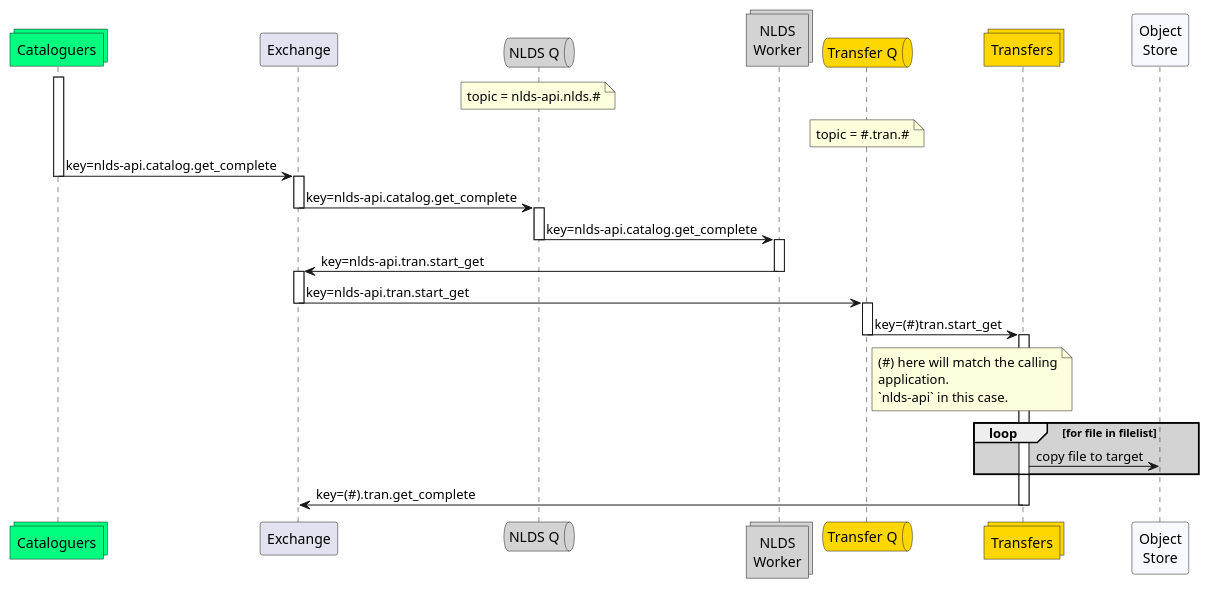
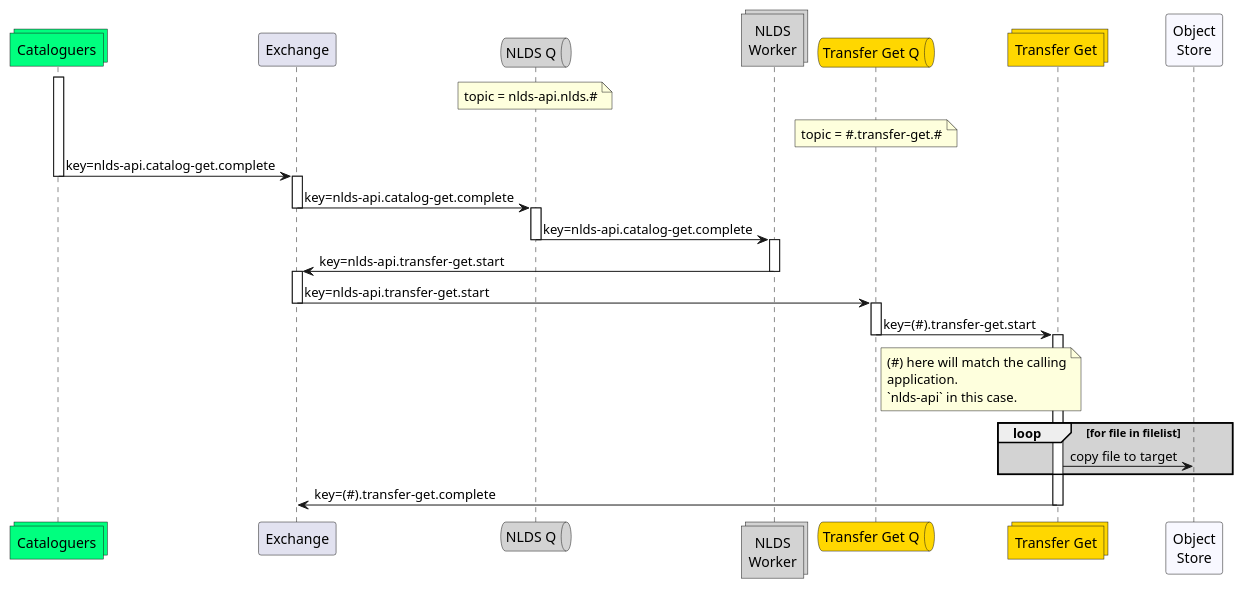
The diagram in docs/spec/uml/message_flow_get2.puml (cedadev/nlds), drawn with PlantUML before and after one commit. The commit also changed 16 other files, not shown here.

Commit message:
Updated messages and message flow

```diff
--- a/docs/spec/uml/message_flow_get2.puml
+++ b/docs/spec/uml/message_flow_get2.puml
@@ -1,58 +1,58 @@
 @startuml message_flow_get2
 
 collections catalog as "Cataloguers" #springgreen
 
 participant wex as "Exchange"
 
 queue qw as "NLDS Q" #lightgrey
 note over qw
     topic = nlds-api.nlds.#
 end note
 collections work as "NLDS\nWorker" #lightgrey
 
-queue qt as "Transfer Q" #gold
+queue qt as "Transfer Get Q" #gold
 note over qt
-    topic = #.tran.#
+    topic = #.transfer-get.#
 end note
-collections tran as "Transfers" #gold
+collections transfer_get as "Transfer Get" #gold
 
 participant obj as "Object\nStore" #GhostWhite
 
 activate catalog
-catalog -> wex : key=nlds-api.catalog.get_complete
+catalog -> wex : key=nlds-api.catalog-get.complete
 deactivate catalog
 
 activate wex
-wex -> qw : key=nlds-api.catalog.get_complete
+wex -> qw : key=nlds-api.catalog-get.complete
 deactivate wex
 
 activate qw
-qw -> work : key=nlds-api.catalog.get_complete
+qw -> work : key=nlds-api.catalog-get.complete
 deactivate qw
 
 activate work
-work -> wex : key=nlds-api.tran.start_get
+work -> wex : key=nlds-api.transfer-get.start
 deactivate work
 
 activate wex
-wex -> qt : key=nlds-api.tran.start_get
+wex -> qt : key=nlds-api.transfer-get.start
 deactivate wex
 
 activate qt
-qt -> tran : key=(#)tran.start_get
+qt -> transfer_get : key=(#).transfer-get.start
 deactivate qt
-activate tran
+activate transfer_get
 
 note right of qt
     (#) here will match the calling
     application.
     `nlds-api` in this case.
 end note
 
 loop #lightgrey for file in filelist 
-    tran -> obj : copy file to target
+    transfer_get -> obj : copy file to target
 end
-tran -> wex : key=(#).tran.get_complete
-deactivate tran
+transfer_get -> wex : key=(#).transfer-get.complete
+deactivate transfer_get
 
 @enduml
```
